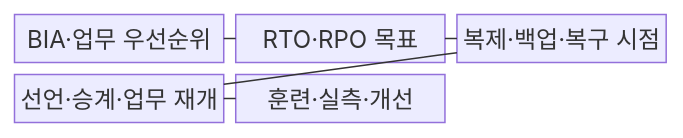
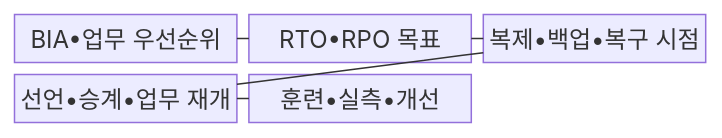
The first of 2 diagrams in src/content/docs/notes/06-evaluation/020_rto_rpo.md (agnusdei1207/knowledge-base), drawn with Mermaid before and after one commit. The commit also changed other lines of this file and 953 other files, not shown here.

````diff
--- a/src/content/docs/notes/06-evaluation/020_rto_rpo.md
+++ b/src/content/docs/notes/06-evaluation/020_rto_rpo.md
@@ -67,13 +67,13 @@
 ```mermaid
 block-beta
   columns 3
-  B["BIA·업무 우선순위"]
-  O["RTO·RPO 목표"]
-  D["복제·백업·복구 시점"]
-  R["선언·승계·업무 재개"]
-  V["훈련·실측·개선"]
+  B["BIA•업무 우선순위"]
+  O["RTO•RPO 목표"]
+  D["복제•백업•복구 시점"]
+  R["선언•승계•업무 재개"]
+  V["훈련•실측•개선"]
   B --- O
   O --- D
   D --- R
   R --- V
 ```
````
